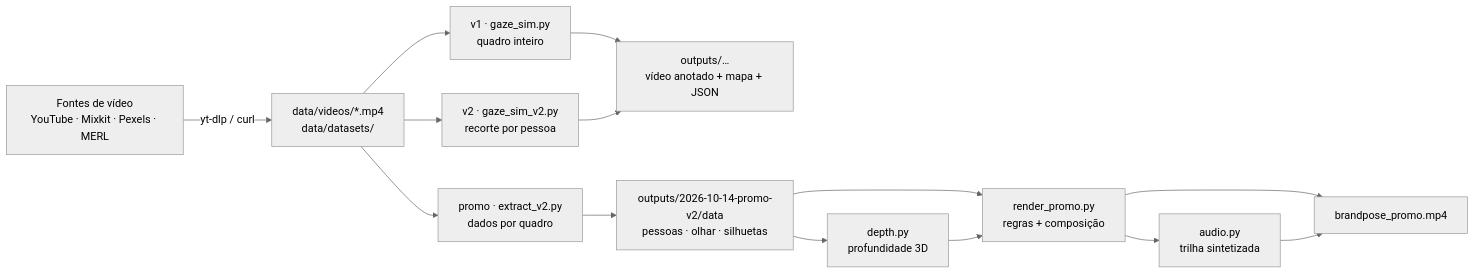
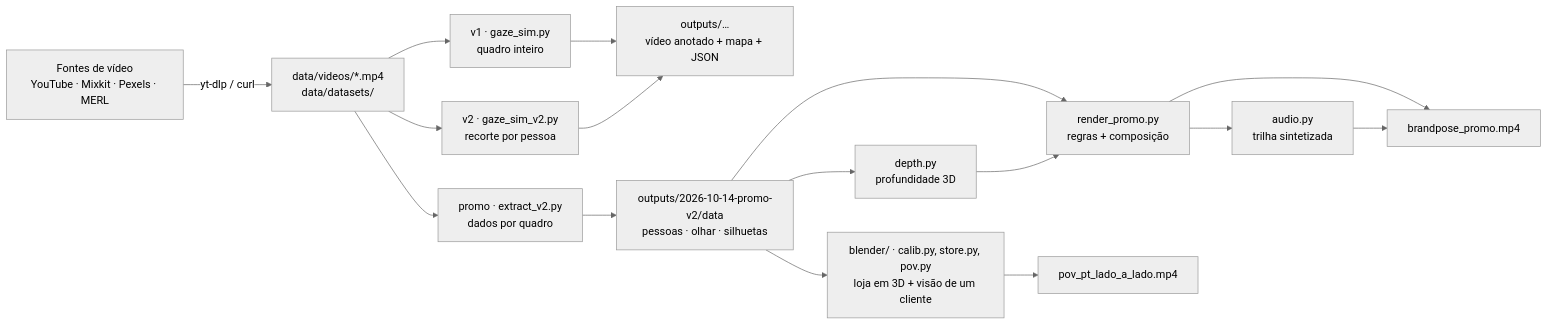
The first of 5 diagrams in docs/arquitetura.md (RenanCOliveira93/brandpose), drawn with Mermaid (neutral theme) before and after one commit. The commit also changed other lines of this file and 13 other files, not shown here.

````diff
--- a/docs/arquitetura.md
+++ b/docs/arquitetura.md
@@ -9,16 +9,18 @@
 ```mermaid
 flowchart LR
     SRC["Fontes de vídeo<br/>YouTube · Mixkit · Pexels · MERL"] -->|"yt-dlp / curl"| MP4["data/videos/*.mp4<br/>data/datasets/"]
     MP4 --> V1["v1 · gaze_sim.py<br/>quadro inteiro"]
     MP4 --> V2["v2 · gaze_sim_v2.py<br/>recorte por pessoa"]
     MP4 --> EX["promo · extract_v2.py<br/>dados por quadro"]
     V1 --> OUT1["outputs/…<br/>vídeo anotado + mapa + JSON"]
     V2 --> OUT1
     EX --> DATA["outputs/2026-10-14-promo-v2/data<br/>pessoas · olhar · silhuetas"]
     DATA --> DEPTH["depth.py<br/>profundidade 3D"]
     DATA --> RENDER["render_promo.py<br/>regras + composição"]
     DEPTH --> RENDER
     RENDER --> AUDIO["audio.py<br/>trilha sintetizada"]
     RENDER --> FINAL["brandpose_promo.mp4"]
     AUDIO --> FINAL
+    DATA --> BL["blender/ · calib.py, store.py, pov.py<br/>loja em 3D + visão de um cliente"]
+    BL --> POV["pov_pt_lado_a_lado.mp4"]
 ```
````
